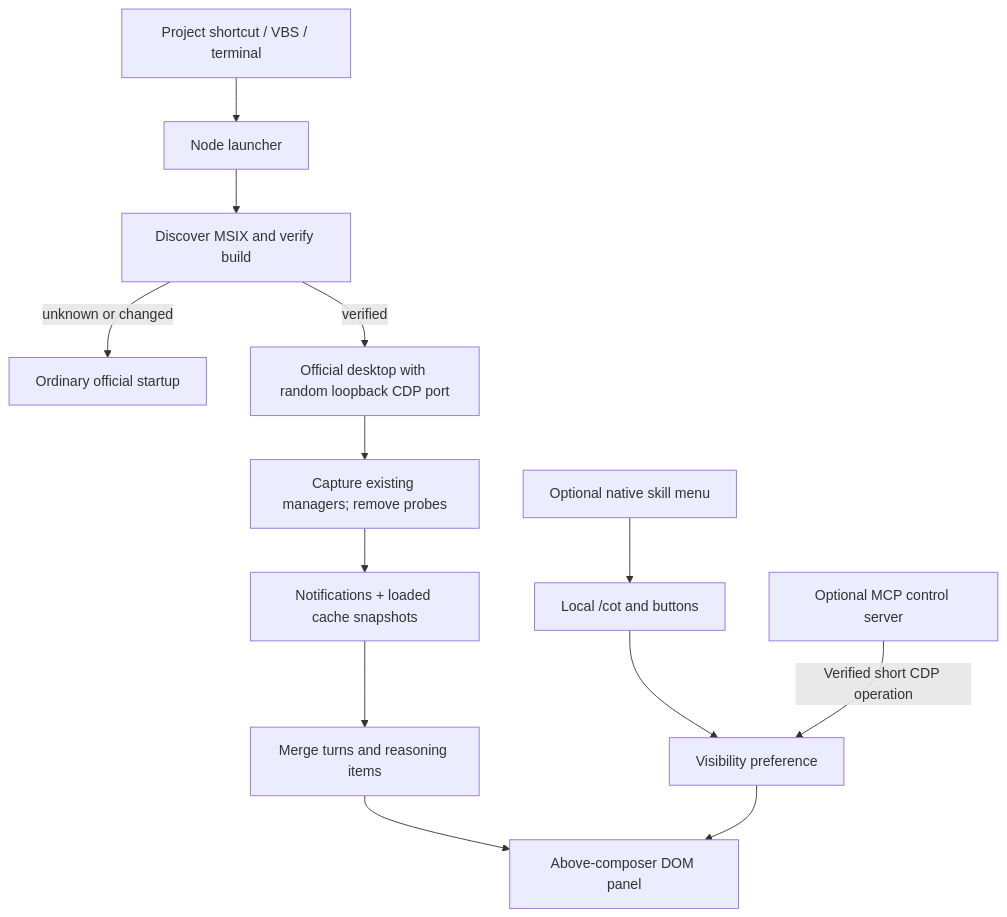
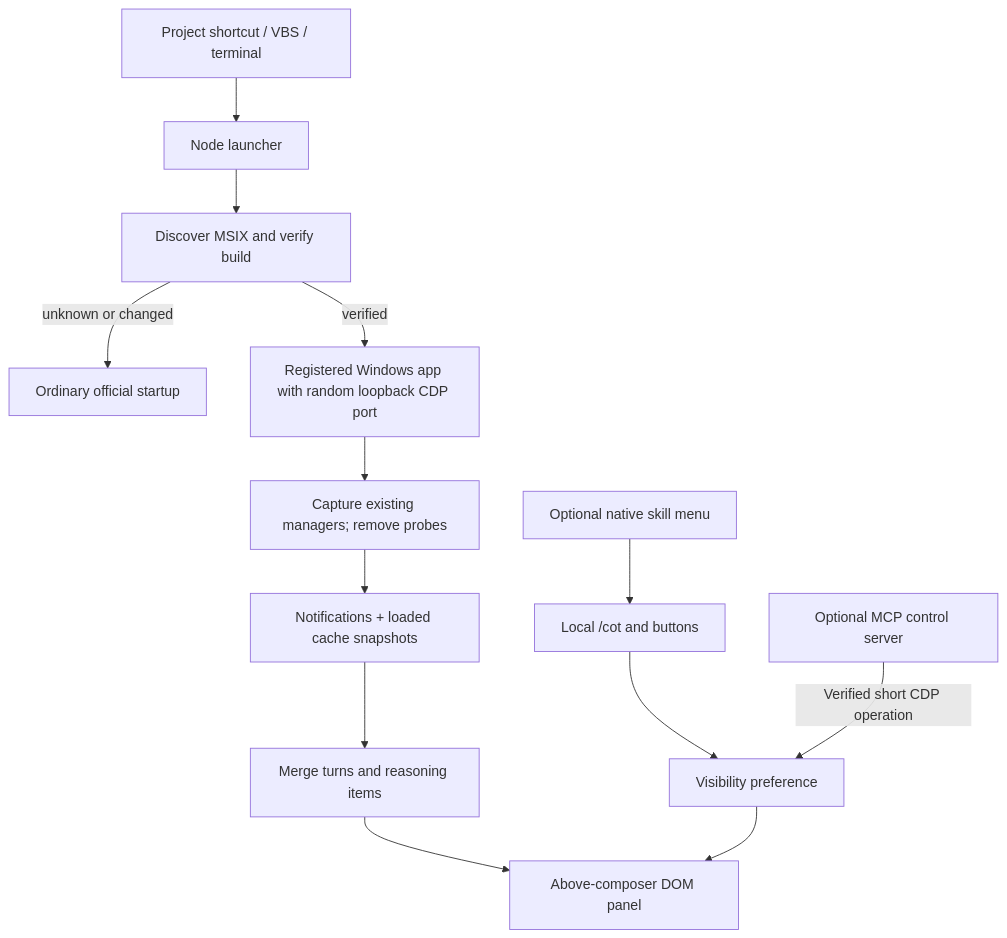
Before and after one commit to cyberElar/codex-reasoning-viewer: the diagram in docs/ARCHITECTURE.md, drawn with Mermaid. The commit also changed other lines of this file and 23 other files, not shown here.

Commit message:
Fix packaged desktop activation and loopback debugging startup

````diff
--- a/docs/ARCHITECTURE.md
+++ b/docs/ARCHITECTURE.md
@@ -7,15 +7,15 @@
 ```mermaid
 flowchart TD
     Shortcut["Project shortcut / VBS / terminal"] --> Launcher["Node launcher"]
     Launcher --> Guard["Discover MSIX and verify build"]
     Guard -->|unknown or changed| Normal["Ordinary official startup"]
-    Guard -->|verified| Desktop["Official desktop with random loopback CDP port"]
+    Guard -->|verified| Desktop["Registered Windows app with random loopback CDP port"]
     Desktop --> Capture["Capture existing managers; remove probes"]
     Capture --> Adapter["Notifications + loaded cache snapshots"]
     Adapter --> History["Merge turns and reasoning items"]
     History --> Panel["Above-composer DOM panel"]
     Commands["Local /cot and buttons"] --> Visibility["Visibility preference"]
     Skills["Optional native skill menu"] --> Commands
     MCP["Optional MCP control server"] -->|"Verified short CDP operation"| Visibility
     Visibility --> Panel
 ```
````
